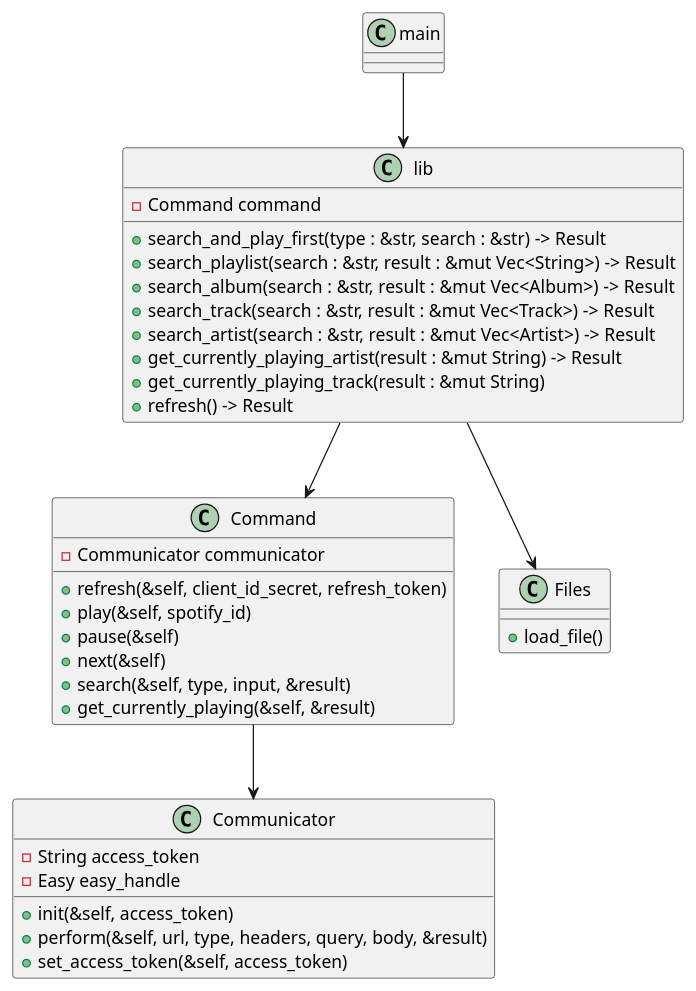
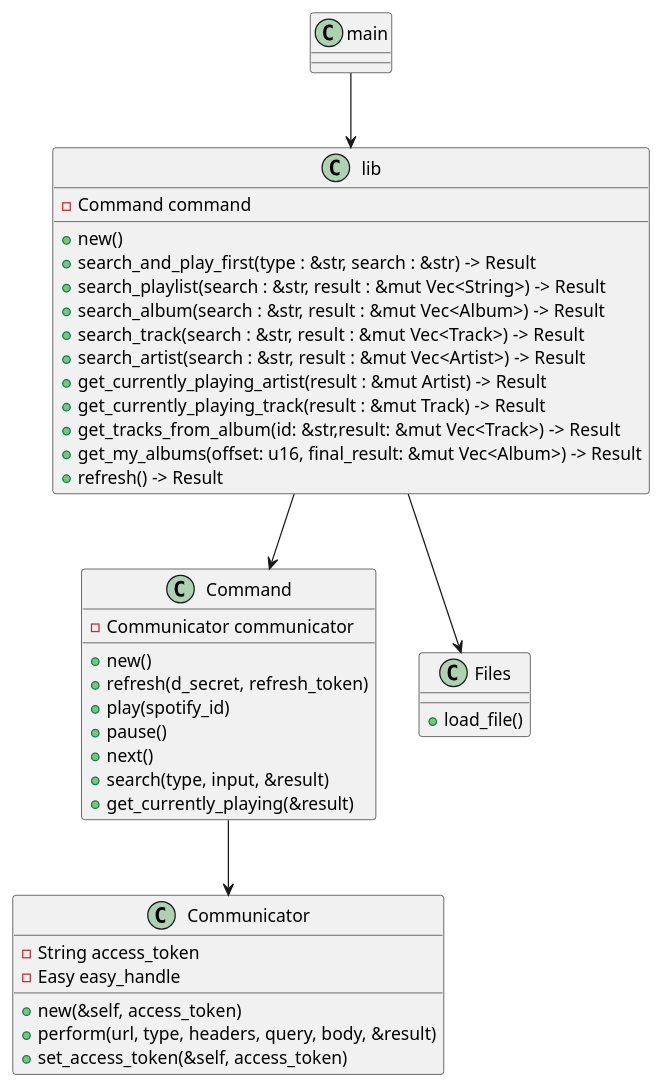
One commit to lethenju/spotify_rust changed the diagram in doc/classes.pu. Above: the diagram before and after it, drawn with PlantUML.

Commit message:
complete API with correct types

```diff
--- a/doc/classes.pu
+++ b/doc/classes.pu
@@ -1,40 +1,45 @@
 @startuml
 
 class Communicator {
     - String access_token
     - Easy easy_handle
-    + init(&self, access_token)
-    + perform(&self, url, type, headers, query, body, &result)
+    + new(&self, access_token)
+    + perform(url, type, headers, query, body, &result)
     + set_access_token(&self, access_token)
 }
 
 class Command {
     - Communicator communicator
-    + refresh(&self, client_id_secret, refresh_token)
-    + play(&self, spotify_id)
-    + pause(&self)
-    + next(&self)
-    + search(&self, type, input, &result)
-    + get_currently_playing(&self, &result)
+    + new()
+    + refresh(d_secret, refresh_token)
+    + play(spotify_id)
+    + pause()
+    + next()
+    + search(type, input, &result)
+    + get_currently_playing(&result)
 }
 
 class lib {
     - Command command
+    + new()
     + search_and_play_first(type : &str, search : &str) -> Result
     + search_playlist(search : &str, result : &mut Vec<String>) -> Result
     + search_album(search : &str, result : &mut Vec<Album>) -> Result
     + search_track(search : &str, result : &mut Vec<Track>) -> Result
     + search_artist(search : &str, result : &mut Vec<Artist>) -> Result
-    + get_currently_playing_artist(result : &mut String) -> Result
-    + get_currently_playing_track(result : &mut String)
+    + get_currently_playing_artist(result : &mut Artist) -> Result
+    + get_currently_playing_track(result : &mut Track) -> Result
+    + get_tracks_from_album(id: &str,result: &mut Vec<Track>) -> Result
+    + get_my_albums(offset: u16, final_result: &mut Vec<Album>) -> Result
     + refresh() -> Result
+
 }
 
 class Files {
     + load_file()
 }
 main --> lib
 lib --> Files
 lib --> Command
 Command --> Communicator
 @enduml
```
